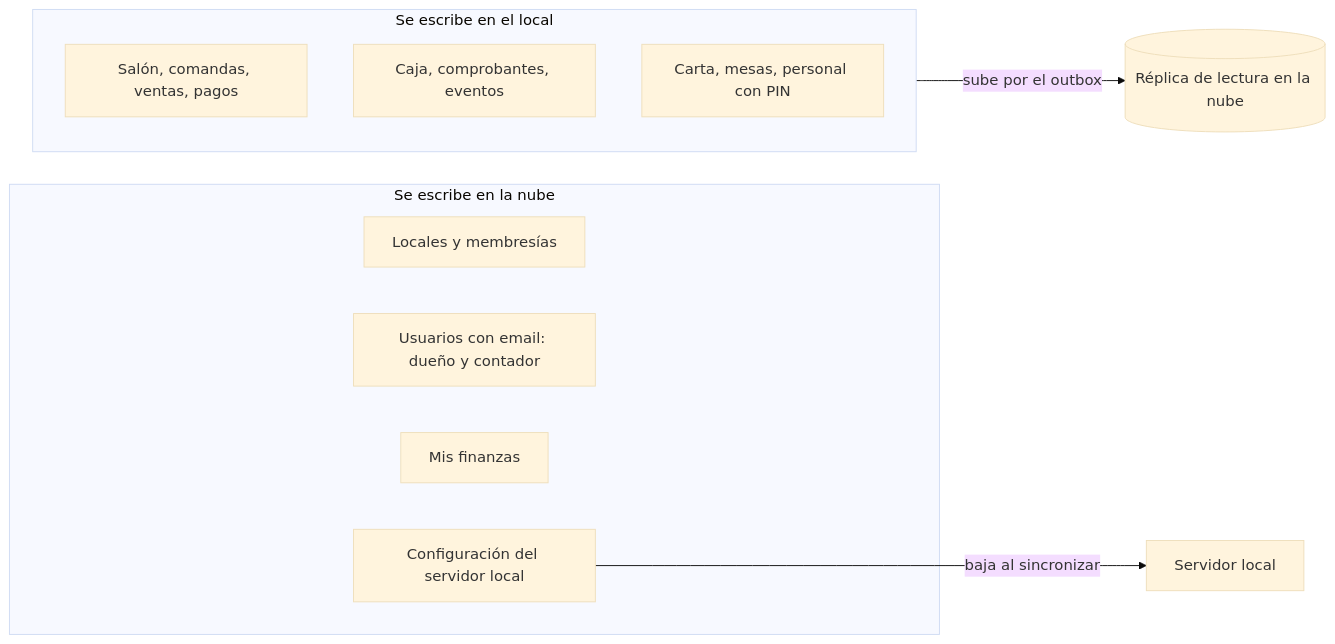
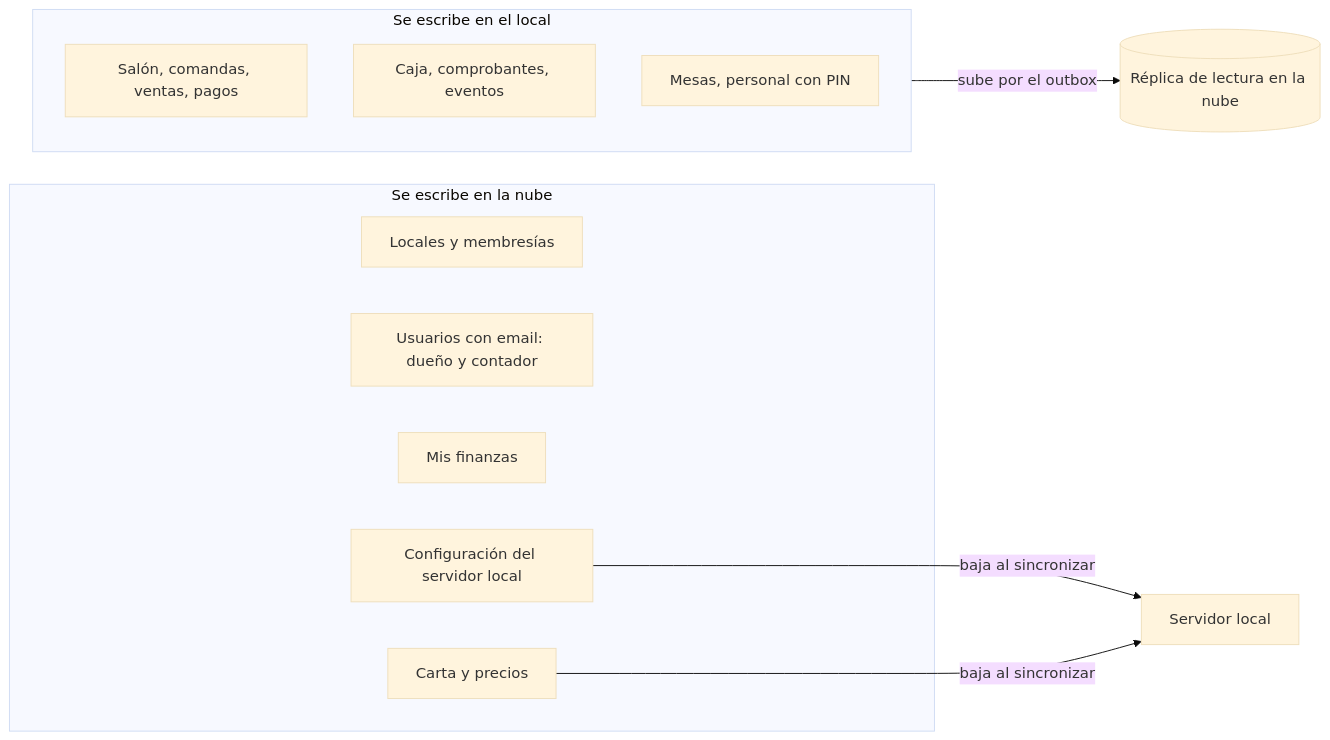
The third of 3 diagrams in docs/diagramas/02-dominio.md (aleharo2003/floky), drawn with Mermaid (base theme) before and after one commit. The commit also changed other lines of this file and 45 other files, not shown here.

````diff
--- a/docs/diagramas/02-dominio.md
+++ b/docs/diagramas/02-dominio.md
@@ -81,16 +81,18 @@
 ```mermaid
 flowchart LR
     subgraph EscribeLocal["Se escribe en el local"]
         A1["Salón, comandas, ventas, pagos"]
         A2["Caja, comprobantes, eventos"]
-        A3["Carta, mesas, personal con PIN"]
+        A3["Mesas, personal con PIN"]
     end
     subgraph EscribeNube["Se escribe en la nube"]
         B1["Locales y membresías"]
         B2["Usuarios con email: dueño y contador"]
         B3["Mis finanzas"]
         B4["Configuración del servidor local"]
+        B5["Carta y precios"]
     end
     EscribeLocal -->|"sube por el outbox"| Replica[("Réplica de lectura en la nube")]
     B4 -->|"baja al sincronizar"| ServidorLocal["Servidor local"]
+    B5 -->|"baja al sincronizar"| ServidorLocal
 ```
````
